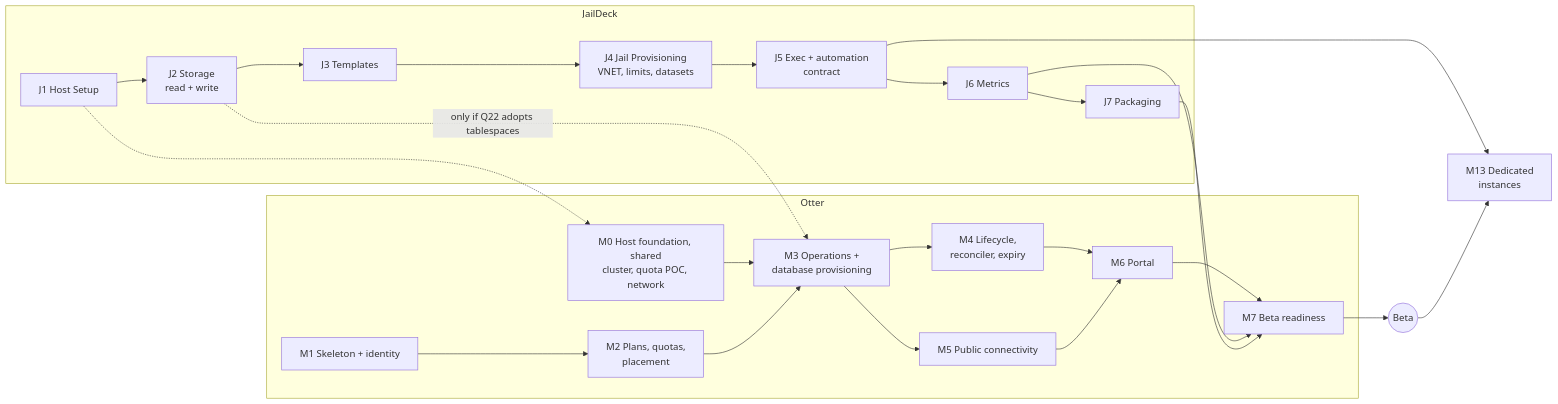
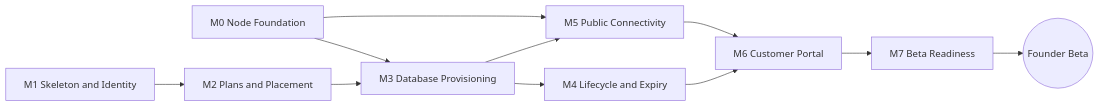
The diagram in docs/roadmap.md (ottermq/otter_cloud), drawn with Mermaid before and after one commit. The commit also changed other lines of this file, not shown here.

Commit message:
docs: slice the roadmap into milestones and issues

````diff
--- a/docs/roadmap.md
+++ b/docs/roadmap.md
@@ -19,28 +65,13 @@
 ```mermaid
 flowchart LR
-    subgraph JailDeck
-        J1[J1 Host Setup] --> J2[J2 Storage<br/>read + write]
-        J2 --> J3[J3 Templates]
-        J3 --> J4[J4 Jail Provisioning<br/>VNET, limits, datasets]
-        J4 --> J5[J5 Exec + automation<br/>contract]
-        J5 --> J6[J6 Metrics]
-        J6 --> J7[J7 Packaging]
-    end
-    subgraph Otter
-        M0[M0 Host foundation, shared<br/>cluster, quota POC, network] --> M3
-        M1[M1 Skeleton + identity] --> M2[M2 Plans, quotas,<br/>placement]
-        M2 --> M3[M3 Operations +<br/>database provisioning]
-        M3 --> M4[M4 Lifecycle,<br/>reconciler, expiry]
-        M3 --> M5[M5 Public connectivity]
-        M4 --> M6[M6 Portal]
-        M5 --> M6
-        M6 --> M7[M7 Beta readiness]
-    end
-    J1 -.-> M0
-    J2 -.->|only if Q22 adopts tablespaces| M3
-    J6 --> M7
-    J7 --> M7
-    M7 --> BETA((Beta))
-    J5 --> M13[M13 Dedicated<br/>instances]
-    BETA --> M13
+    M0[M0 Node Foundation] --> M3
+    M1[M1 Skeleton and Identity] --> M2[M2 Plans and Placement]
+    M2 --> M3[M3 Database Provisioning]
+    M3 --> M4[M4 Lifecycle and Expiry]
+    M3 --> M5[M5 Public Connectivity]
+    M0 --> M5
+    M4 --> M6[M6 Customer Portal]
+    M5 --> M6
+    M6 --> M7[M7 Beta Readiness]
+    M7 --> BETA((Founder Beta))
 ```
````
